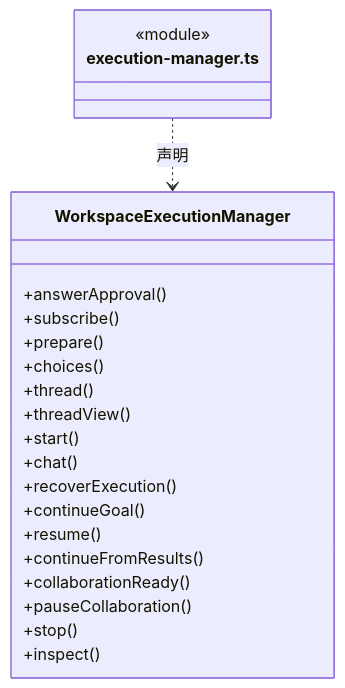
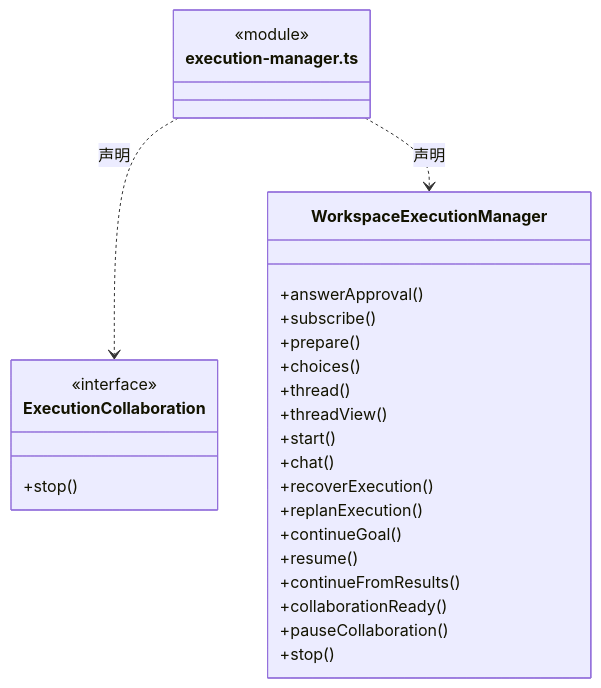
One commit to nan023062/cbim changed the eighth of 38 diagrams in src/backend/scheduler-engine/execution/ARCHITECTURE.md. Above: the diagram before and after it, drawn with Mermaid. The commit also changed other lines of this file and 53 other files, not shown here.

````diff
--- a/src/backend/scheduler-engine/execution/ARCHITECTURE.md
+++ b/src/backend/scheduler-engine/execution/ARCHITECTURE.md
@@ -271,25 +277,30 @@
 ```mermaid
 classDiagram
 class N_src_backend_scheduler_engine_execution_execution_manager_ts["execution-manager.ts"] {
   <<module>>
 }
+class N_src_backend_scheduler_engine_execution_execution_manager_ts_ExecutionCollaboration["ExecutionCollaboration"] {
+  <<interface>>
+  +stop()
+}
+N_src_backend_scheduler_engine_execution_execution_manager_ts ..> N_src_backend_scheduler_engine_execution_execution_manager_ts_ExecutionCollaboration : 声明
 class N_src_backend_scheduler_engine_execution_execution_manager_ts_WorkspaceExecutionManager["WorkspaceExecutionManager"] {
   +answerApproval()
   +subscribe()
   +prepare()
   +choices()
   +thread()
   +threadView()
   +start()
   +chat()
   +recoverExecution()
+  +replanExecution()
   +continueGoal()
   +resume()
   +continueFromResults()
   +collaborationReady()
   +pauseCollaboration()
   +stop()
-  +inspect()
 }
 N_src_backend_scheduler_engine_execution_execution_manager_ts ..> N_src_backend_scheduler_engine_execution_execution_manager_ts_WorkspaceExecutionManager : 声明
 ```
````
